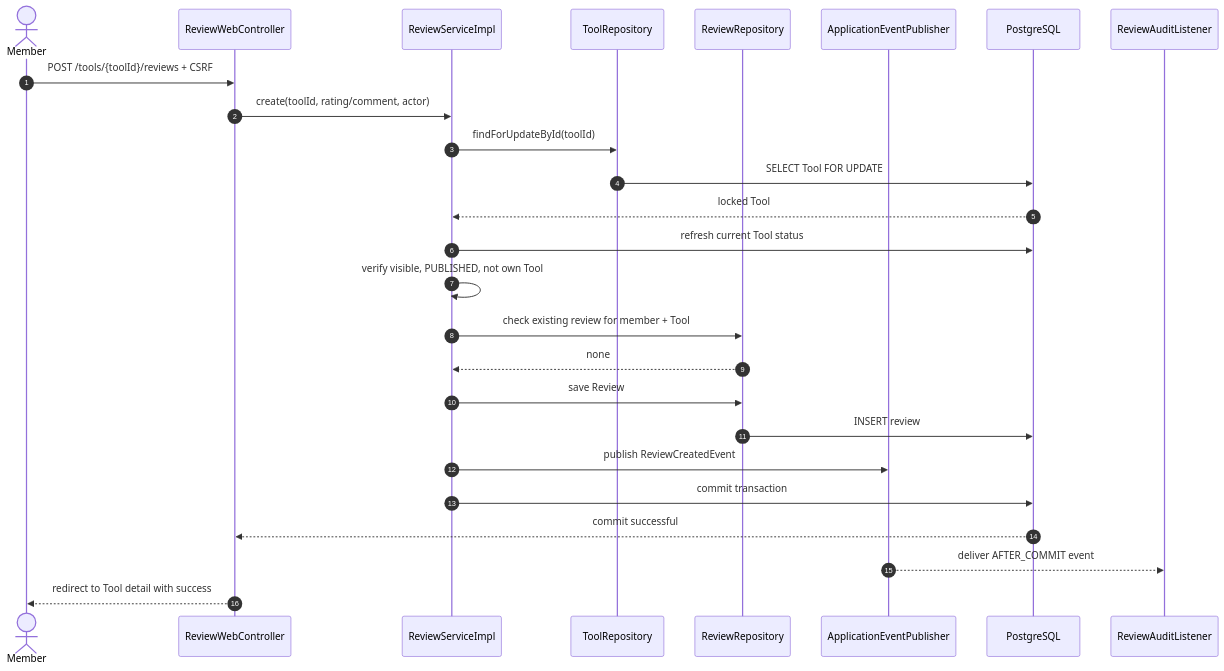
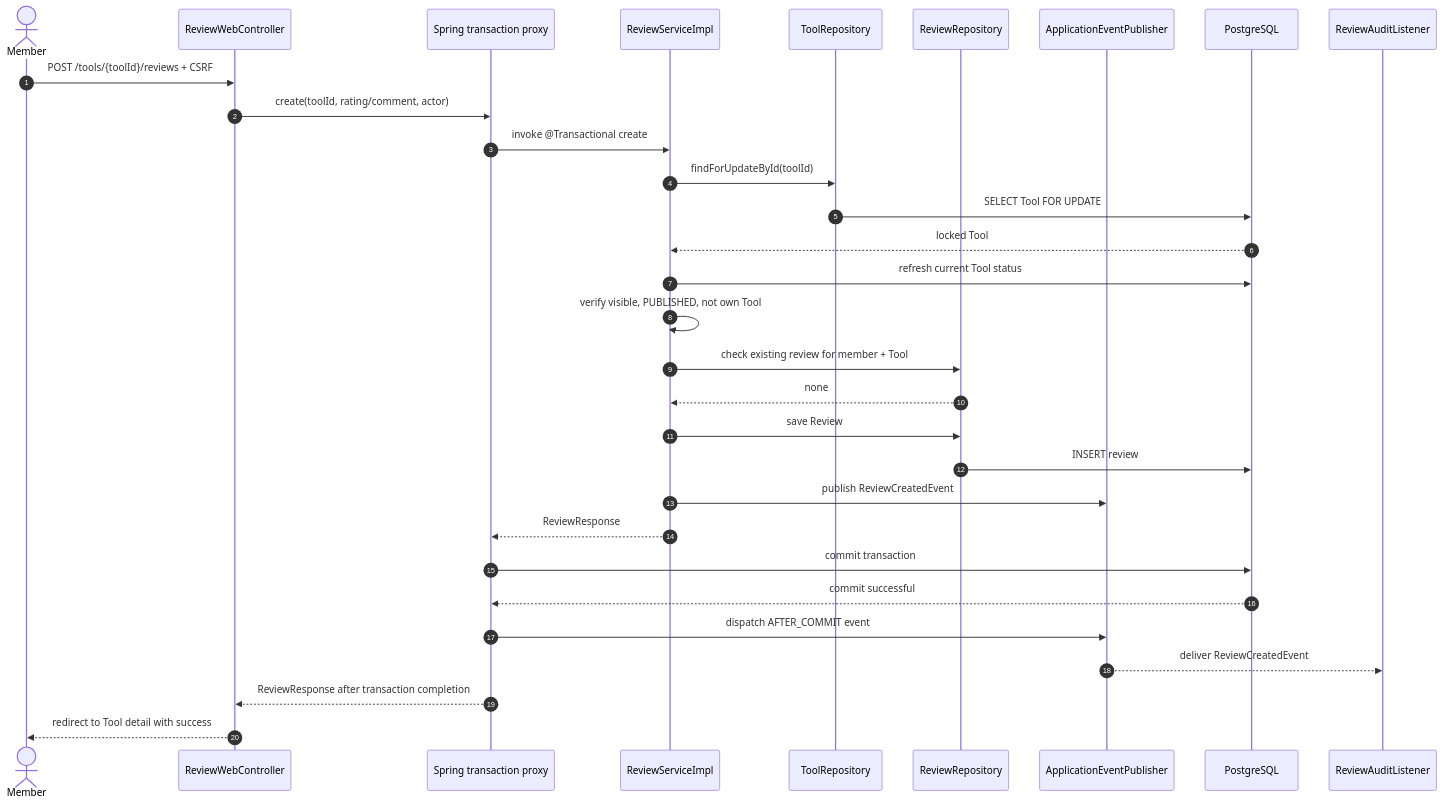
Before and after one commit to aarktik/PrimeSkill: diagram 11 of 16 in doc/diagrams/design-patterns.md, drawn with Mermaid. The commit also changed other lines of this file, not shown here.

Commit message:
แก้ Activity Diagram, เงื่อนไข UC-06 และ Class Diagram

````diff
--- a/doc/diagrams/design-patterns.md
+++ b/doc/diagrams/design-patterns.md
@@ -320,29 +506,34 @@
 ```mermaid
 sequenceDiagram
     autonumber
     actor Member
     participant Web as ReviewWebController
+    participant Tx as Spring transaction proxy
     participant Service as ReviewServiceImpl
     participant ToolRepo as ToolRepository
     participant ReviewRepo as ReviewRepository
     participant Events as ApplicationEventPublisher
     participant DB as PostgreSQL
     participant Listener as ReviewAuditListener
 
     Member->>Web: POST /tools/{toolId}/reviews + CSRF
-    Web->>Service: create(toolId, rating/comment, actor)
+    Web->>Tx: create(toolId, rating/comment, actor)
+    Tx->>Service: invoke @Transactional create
     Service->>ToolRepo: findForUpdateById(toolId)
     ToolRepo->>DB: SELECT Tool FOR UPDATE
     DB-->>Service: locked Tool
     Service->>DB: refresh current Tool status
     Service->>Service: verify visible, PUBLISHED, not own Tool
     Service->>ReviewRepo: check existing review for member + Tool
     ReviewRepo-->>Service: none
     Service->>ReviewRepo: save Review
     ReviewRepo->>DB: INSERT review
     Service->>Events: publish ReviewCreatedEvent
-    Service->>DB: commit transaction
-    DB-->>Web: commit successful
-    Events-->>Listener: deliver AFTER_COMMIT event
+    Service-->>Tx: ReviewResponse
+    Tx->>DB: commit transaction
+    DB-->>Tx: commit successful
+    Tx->>Events: dispatch AFTER_COMMIT event
+    Events-->>Listener: deliver ReviewCreatedEvent
+    Tx-->>Web: ReviewResponse after transaction completion
     Web-->>Member: redirect to Tool detail with success
 ```
````
